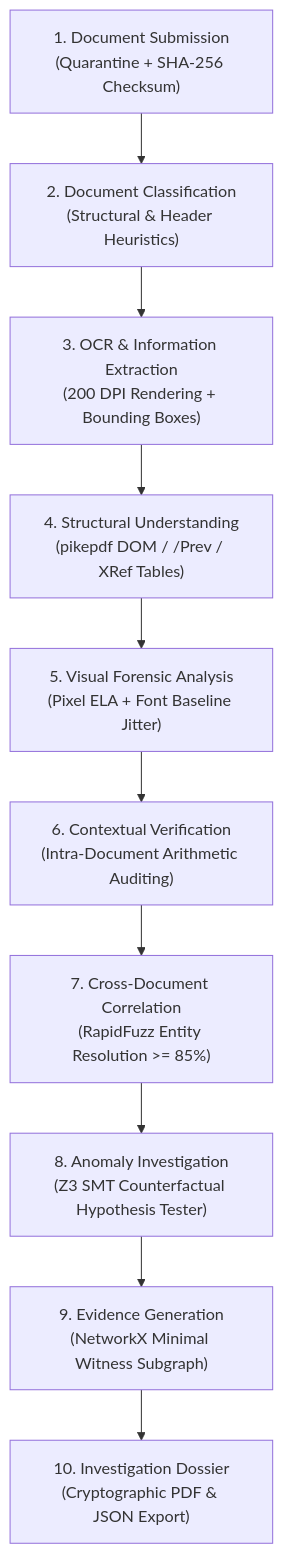
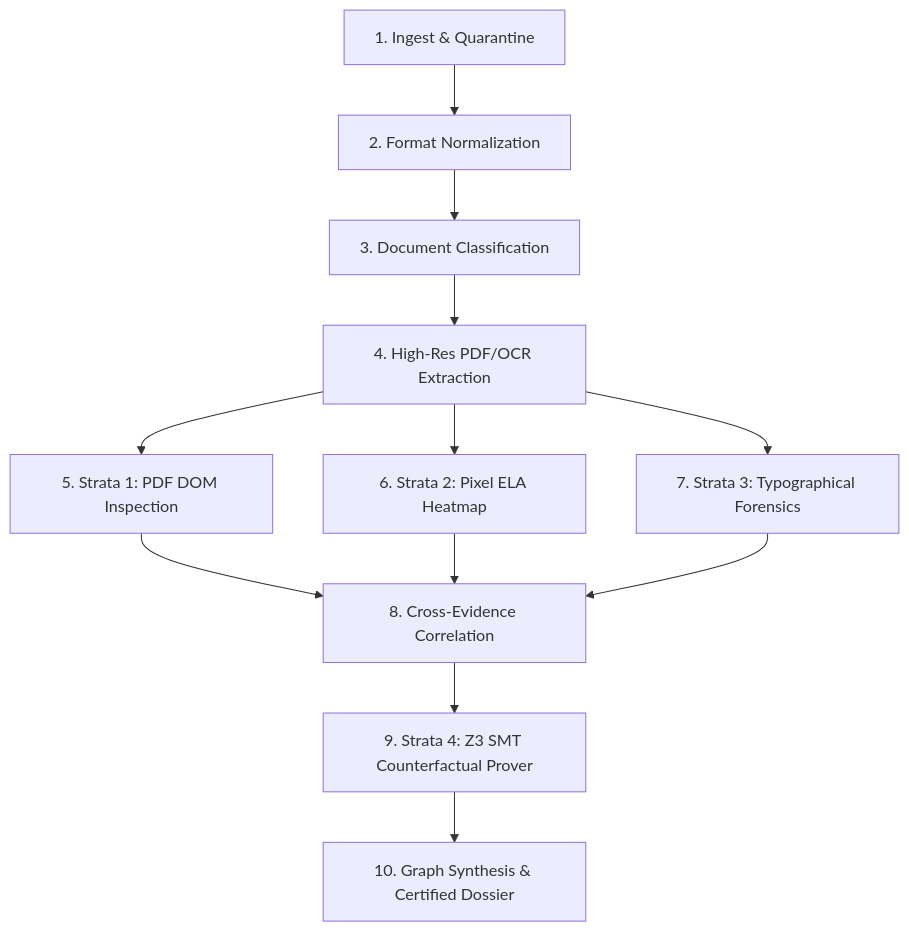
One commit to aniketmehetre/VeriStrata-CEIE changed the first of 3 diagrams in README.md. Above: the diagram before and after it, drawn with Mermaid. The commit also changed other lines of this file and 5 other files, not shown here.

Commit message:
docs(readme): professional concise rewrite for judges, automated demo runner, and architecture docs

````diff
--- a/README.md
+++ b/README.md
@@ -253,12 +74,12 @@
 ```mermaid
 flowchart TD
-    S1["1. Document Submission<br/>(Quarantine + SHA-256 Checksum)"] --> S2["2. Document Classification<br/>(Structural & Header Heuristics)"]
-    S2 --> S3["3. OCR & Information Extraction<br/>(200 DPI Rendering + Bounding Boxes)"]
-    S3 --> S4["4. Structural Understanding<br/>(pikepdf DOM / /Prev / XRef Tables)"]
-    S4 --> S5["5. Visual Forensic Analysis<br/>(Pixel ELA + Font Baseline Jitter)"]
-    S5 --> S6["6. Contextual Verification<br/>(Intra-Document Arithmetic Auditing)"]
-    S6 --> S7["7. Cross-Document Correlation<br/>(RapidFuzz Entity Resolution >= 85%)"]
-    S7 --> S8["8. Anomaly Investigation<br/>(Z3 SMT Counterfactual Hypothesis Tester)"]
-    S8 --> S9["9. Evidence Generation<br/>(NetworkX Minimal Witness Subgraph)"]
-    S9 --> S10["10. Investigation Dossier<br/>(Cryptographic PDF & JSON Export)"]
+    A["1. Ingest & Quarantine"] --> B["2. Format Normalization"]
+    B --> C["3. Document Classification"]
+    C --> D["4. High-Res PDF/OCR Extraction"]
+    D --> E["5. Strata 1: PDF DOM Inspection"]
+    D --> F["6. Strata 2: Pixel ELA Heatmap"]
+    D --> G["7. Strata 3: Typographical Forensics"]
+    E & F & G --> H["8. Cross-Evidence Correlation"]
+    H --> I["9. Strata 4: Z3 SMT Counterfactual Prover"]
+    I --> J["10. Graph Synthesis & Certified Dossier"]
 ```
````
